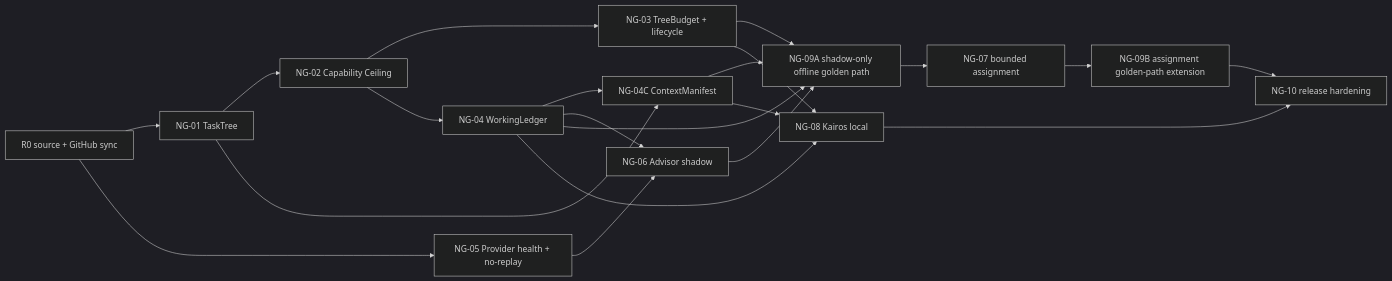
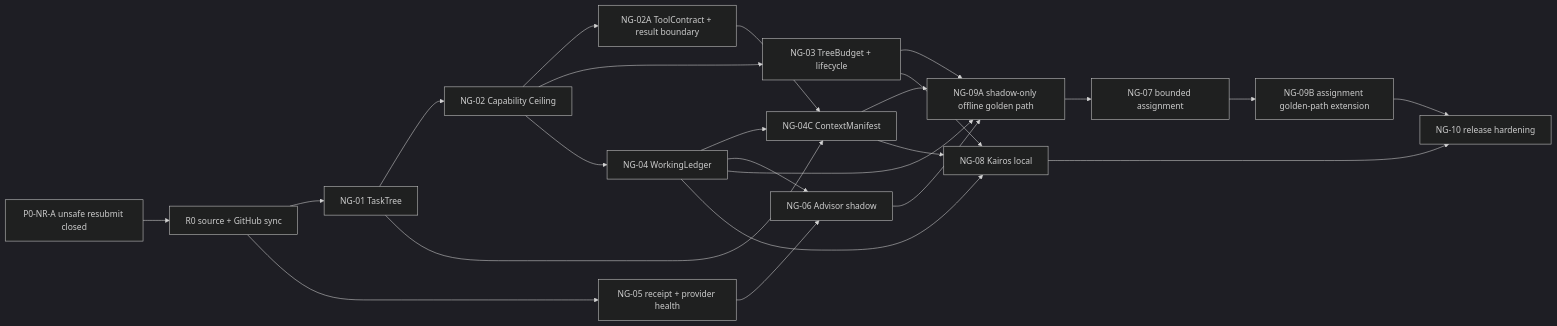
One commit to exergyleizhou-ux/lumen changed the diagram in docs/LUMEN-NEXTGEN-EXECUTION-BOOK-2026-08-01.md. Above: the diagram before and after it, drawn with Mermaid (dark theme). The commit also changed other lines of this file, not shown here.

```diff
--- a/docs/LUMEN-NEXTGEN-EXECUTION-BOOK-2026-08-01.md
+++ b/docs/LUMEN-NEXTGEN-EXECUTION-BOOK-2026-08-01.md
@@ -438,23 +525,26 @@
 ~~~mermaid
 flowchart LR
-  R0["R0 source + GitHub sync"] --> T1["NG-01 TaskTree"]
+  P0["P0-NR-A unsafe resubmit closed"] --> R0["R0 source + GitHub sync"]
+  R0 --> T1["NG-01 TaskTree"]
   T1 --> C2["NG-02 Capability Ceiling"]
+  C2 --> TC["NG-02A ToolContract + result boundary"]
   T1 --> X4C["NG-04C ContextManifest"]
   C2 --> B3["NG-03 TreeBudget + lifecycle"]
   C2 --> L4["NG-04 WorkingLedger"]
   L4 --> X4C
-  R0 --> F5["NG-05 Provider health + no-replay"]
+  TC --> X4C
+  R0 --> F5["NG-05 receipt + provider health"]
   F5 --> A6["NG-06 Advisor shadow"]
   L4 --> A6
   B3 --> G9A["NG-09A shadow-only offline golden path"]
   L4 --> G9A
   X4C --> G9A
   A6 --> G9A
   G9A --> A7["NG-07 bounded assignment"]
   A7 --> G9B["NG-09B assignment golden-path extension"]
   B3 --> K8["NG-08 Kairos local"]
   L4 --> K8
   X4C --> K8
   G9B --> G10["NG-10 release hardening"]
   K8 --> G10
 ~~~
```
